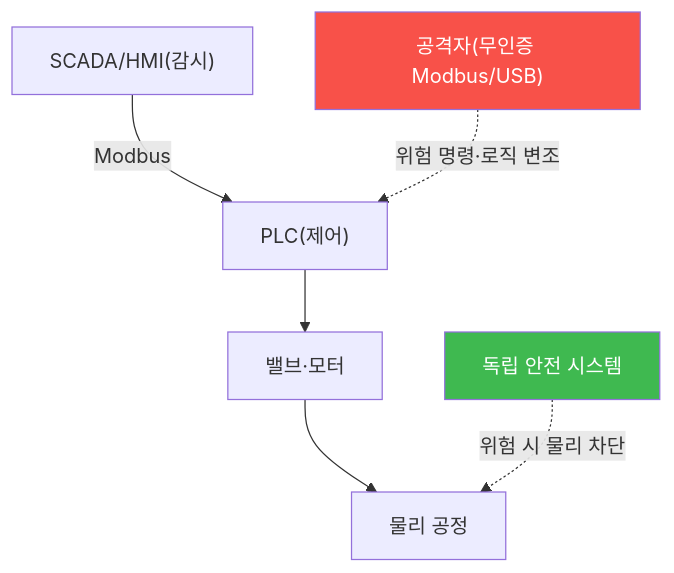
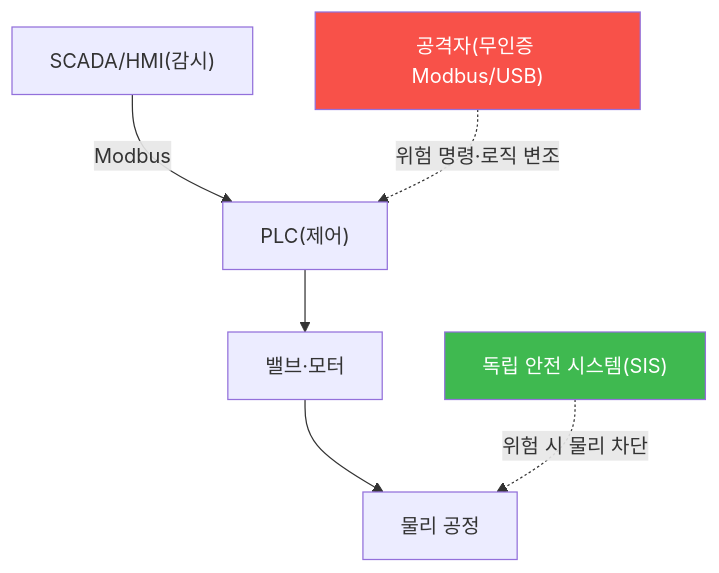
One commit to mrgrit/tw2 changed the diagram in contents/training/autonomous-systems/lecture_week11.md. Above: the diagram before and after it, drawn with Mermaid. The commit also changed other lines of this file, not shown here.

First line of the commit message:
docs(autonomous-systems): W11 강의 교재 보강 — OT/ICS(PLC·Modbus·Stuxnet)

````diff
--- a/contents/training/autonomous-systems/lecture_week11.md
+++ b/contents/training/autonomous-systems/lecture_week11.md
@@ -55,10 +56,10 @@
 ```mermaid
 graph TD
-    HMI["SCADA/HMI(감시)"] -->|Modbus| PLC["PLC(제어)"]
+    HMI["SCADA/HMI(감시)"] -->|"Modbus"| PLC["PLC(제어)"]
     PLC --> V["밸브·모터"]
     V --> P["물리 공정"]
-    SIS["독립 안전 시스템"] -.위험 시 물리 차단.-> P
-    ATK["공격자(무인증 Modbus/USB)"] -.위험 명령·로직 변조.-> PLC
+    SIS["독립 안전 시스템(SIS)"] -. "위험 시 물리 차단" .-> P
+    ATK["공격자(무인증 Modbus/USB)"] -. "위험 명령·로직 변조" .-> PLC
     style ATK fill:#f85149,color:#fff
     style SIS fill:#3fb950,color:#fff
 ```
````
